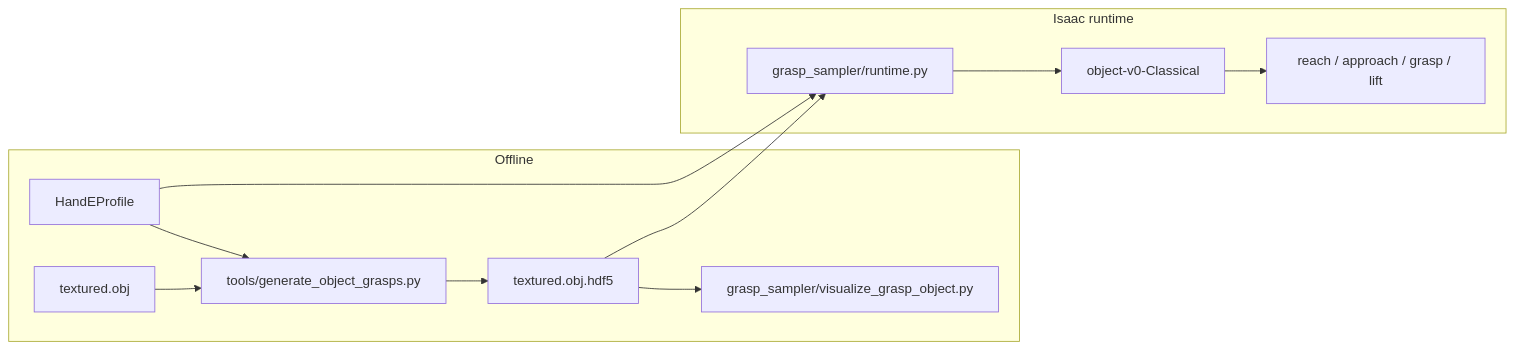
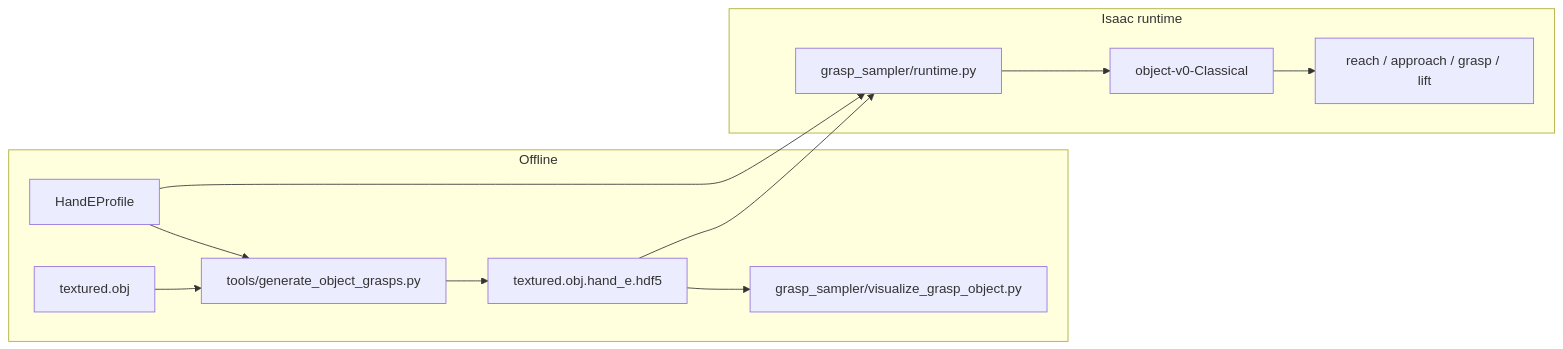
Before and after one commit to IlikeSukiyaki/MetaSQGraspnet_public: the diagram in metagrasp/MetaIsaacGrasp/docs/classical_grasp_sampling.md, drawn with Mermaid. The commit also changed other lines of this file and 23 other files, not shown here.

````diff
--- a/metagrasp/MetaIsaacGrasp/docs/classical_grasp_sampling.md
+++ b/metagrasp/MetaIsaacGrasp/docs/classical_grasp_sampling.md
@@ -23,15 +25,15 @@
 ```mermaid
 flowchart LR
   subgraph offline [Offline]
     Mesh[textured.obj] --> Gen[tools/generate_object_grasps.py]
     Profile[HandEProfile] --> Gen
-    Gen --> HDF5[textured.obj.hdf5]
+    Gen --> HDF5[textured.obj.hand_e.hdf5]
     HDF5 --> Viz[grasp_sampler/visualize_grasp_object.py]
   end
   subgraph online [Isaac runtime]
     HDF5 --> Runtime[grasp_sampler/runtime.py]
     Profile --> Runtime
     Runtime --> Task[object-v0-Classical]
     Task --> SM[reach / approach / grasp / lift]
   end
 ```
````
